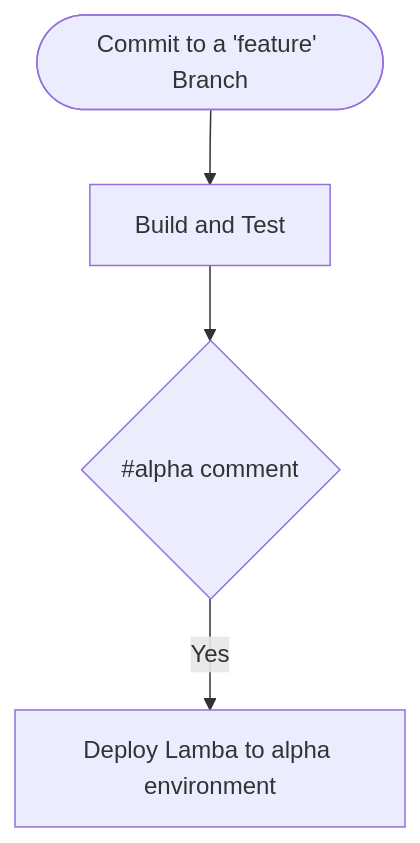
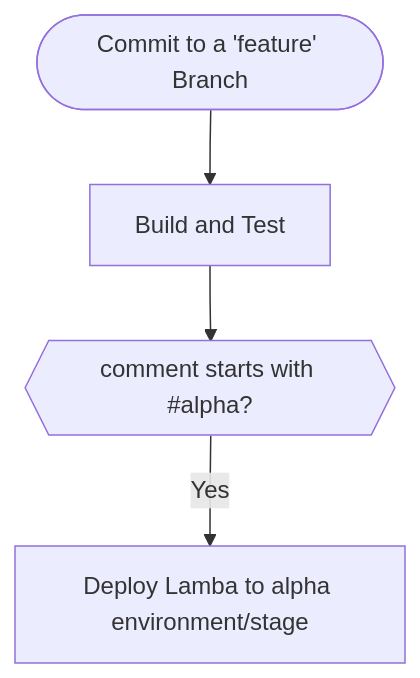
One commit to bogeorge/githubworkflow changed the first of 3 diagrams in .github/workflows/README.md. Above: the diagram before and after it, drawn with Mermaid. The commit also changed other lines of this file and 15 other files, not shown here.

````diff
--- a/.github/workflows/README.md
+++ b/.github/workflows/README.md
@@ -20,7 +20,7 @@
 ```mermaid
 graph TD;
     id1([Commit to a 'feature' Branch])
     -->id2[Build and Test]
-    -->id3{#alpha comment}
-    id3 -- Yes -->id5[Deploy Lamba to alpha environment]
+    -->id3{{comment starts with #alpha?}}
+    id3 -- Yes -->id5[Deploy Lamba to alpha environment/stage]
 ```    
````
